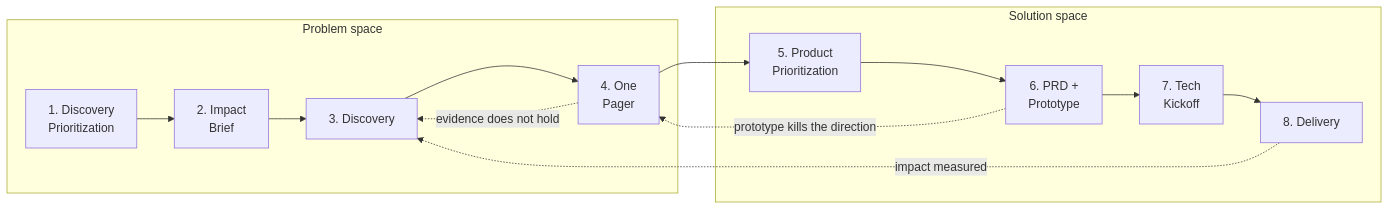
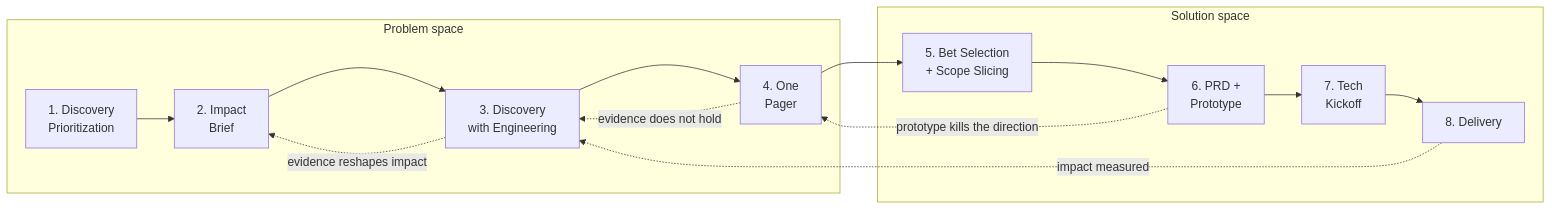
One commit to lukesw55/ai-pm-toolkit changed the first of 2 diagrams in README.md. Above: the diagram before and after it, drawn with Mermaid. The commit also changed other lines of this file and 49 other files, not shown here.

````diff
--- a/README.md
+++ b/README.md
@@ -54,13 +54,14 @@
 ```mermaid
 flowchart LR
     subgraph problem [Problem space]
-        S1["1. Discovery<br/>Prioritization"] --> S2["2. Impact<br/>Brief"] --> S3["3. Discovery"] --> S4["4. One<br/>Pager"]
+        S1["1. Discovery<br/>Prioritization"] --> S2["2. Impact<br/>Brief"] --> S3["3. Discovery<br/>with Engineering"] --> S4["4. One<br/>Pager"]
     end
     subgraph solution [Solution space]
-        S5["5. Product<br/>Prioritization"] --> S6["6. PRD +<br/>Prototype"] --> S7["7. Tech<br/>Kickoff"] --> S8["8. Delivery"]
+        S5["5. Bet Selection<br/>+ Scope Slicing"] --> S6["6. PRD +<br/>Prototype"] --> S7["7. Tech<br/>Kickoff"] --> S8["8. Delivery"]
     end
     S4 --> S5
+    S3 -.->|evidence reshapes impact| S2
     S4 -.->|evidence does not hold| S3
     S6 -.->|prototype kills the direction| S4
     S8 -.->|impact measured| S3
 ```
````
